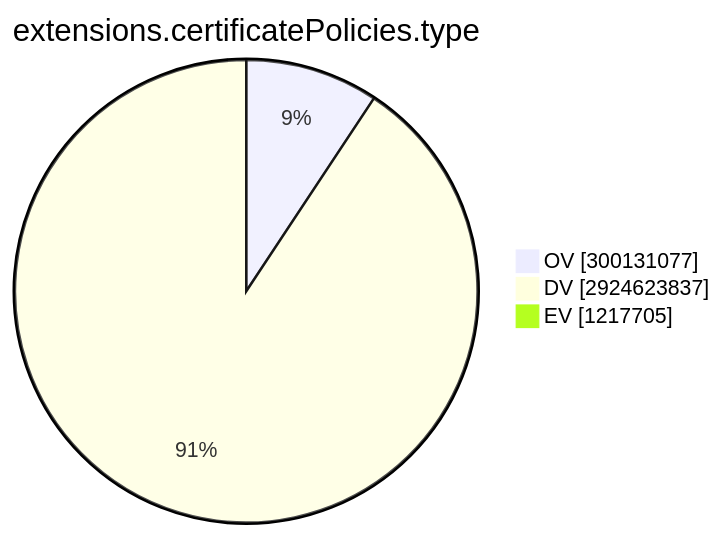
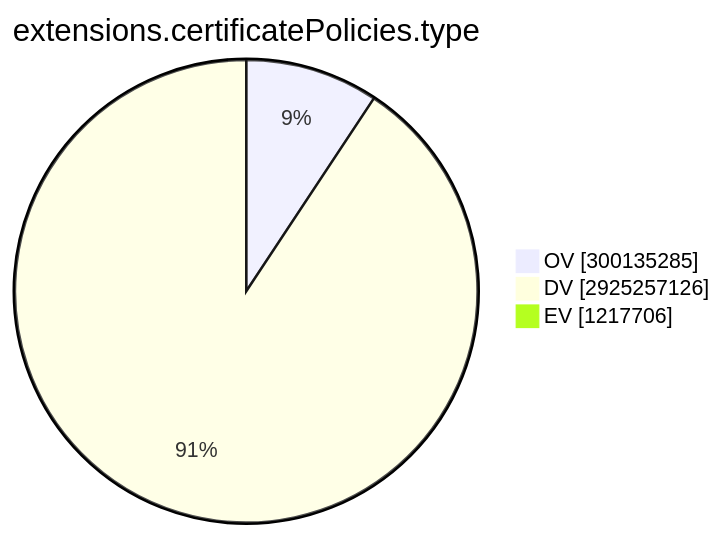
The ninth of 15 diagrams in TOTAL/README.md (christiankrug/ctmonitor_visualization), drawn with Mermaid before and after one commit. The commit also changed other lines of this file, not shown here.

````diff
--- a/TOTAL/README.md
+++ b/TOTAL/README.md
@@ -3101,7 +3101,7 @@
 ```mermaid
 pie showData
 title extensions.certificatePolicies.type
-"OV" :300131077
-"DV" :2924623837
-"EV" :1217705
+"OV" :300135285
+"DV" :2925257126
+"EV" :1217706
 ```
````
